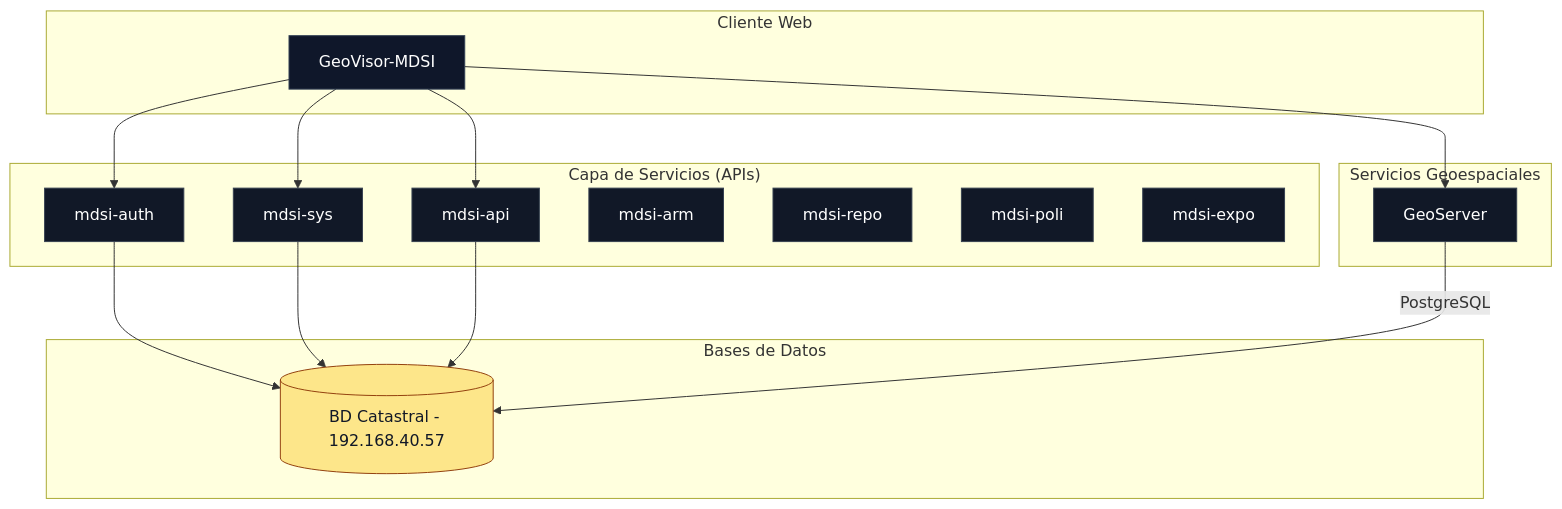
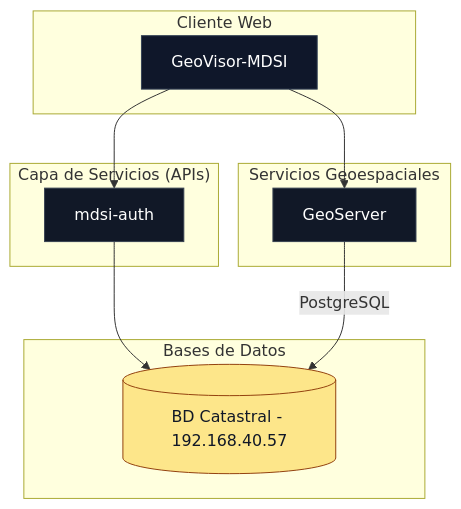
The diagram in README.md (mdsigeovisor/geovisormdsi), drawn with Mermaid before and after one commit.

````diff
--- a/README.md
+++ b/README.md
@@ -3,51 +3,41 @@
 ```mermaid
 graph TB
   %% =========================
   %% COMPONENTES
   %% =========================
   subgraph "Cliente Web"
     FRONT[GeoVisor-MDSI]
   end
 
   subgraph "Capa de Servicios (APIs)"
     AUTH[mdsi-auth]
-    SYS[mdsi-sys]
-    API[mdsi-api]
-    ARM[mdsi-arm]
-    REPO[mdsi-repo]
-    POLI[mdsi-poli]
-    EXPO[mdsi-expo]
   end
 
   subgraph "Bases de Datos"
     DB1[(BD Catastral - 192.168.40.57)]
   end
 
   subgraph "Servicios Geoespaciales"
     GEOSERVER[GeoServer]
   end
 
   %% =========================
   %% RELACIONES
   %% =========================
   FRONT --> AUTH
-  FRONT --> SYS
-  FRONT --> API
   FRONT --> GEOSERVER
 
   AUTH --> DB1
-  SYS --> DB1
-  API --> DB1
   GEOSERVER -- "PostgreSQL" --> DB1
 
   %% =========================
   %% ESTILOS
   %% =========================
   classDef front fill:#0f172a,stroke:#334155,stroke-width:1px,color:#fff;
   classDef service fill:#111827,stroke:#374151,stroke-width:1px,color:#fff;
   classDef db fill:#fde68a,stroke:#92400e,stroke-width:1px,color:#111827;
 
   class FRONT front;
-  class AUTH,SYS,API,ARM,REPO,POLI,EXPO,GEOSERVER service;
+  class AUTH,GEOSERVER service;
   class DB1 db;
 ```
````
